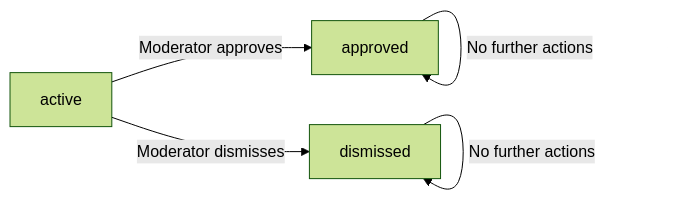
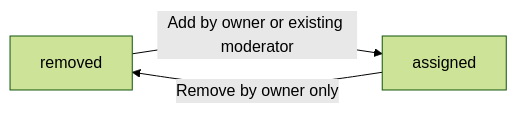
The fourth of 6 diagrams in qwen/qwen3.5-35b-a3b/reddit/docs/analysis/02-domain-model.md (wrtnlabs/autobe-examples), drawn with Mermaid (forest theme) before and after one commit. The commit also changed other lines of this file and 6645 other files, not shown here.

````diff
--- a/qwen/qwen3.5-35b-a3b/reddit/docs/analysis/02-domain-model.md
+++ b/qwen/qwen3.5-35b-a3b/reddit/docs/analysis/02-domain-model.md
@@ -789,7 +901,5 @@
 ```mermaid
 flowchart LR
-    A["active"] -->|"Moderator approves"| B["approved"]
-    A -->|"Moderator dismisses"| C["dismissed"]
-    B -->|"No further actions"| B
-    C -->|"No further actions"| C
+    A["removed"] -->|Add by owner or existing moderator| B["assigned"]
+    B -->|Remove by owner only| A
 ```
````
